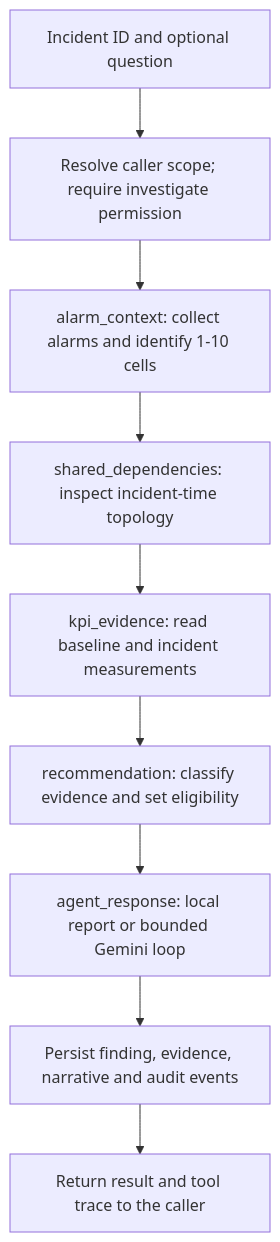
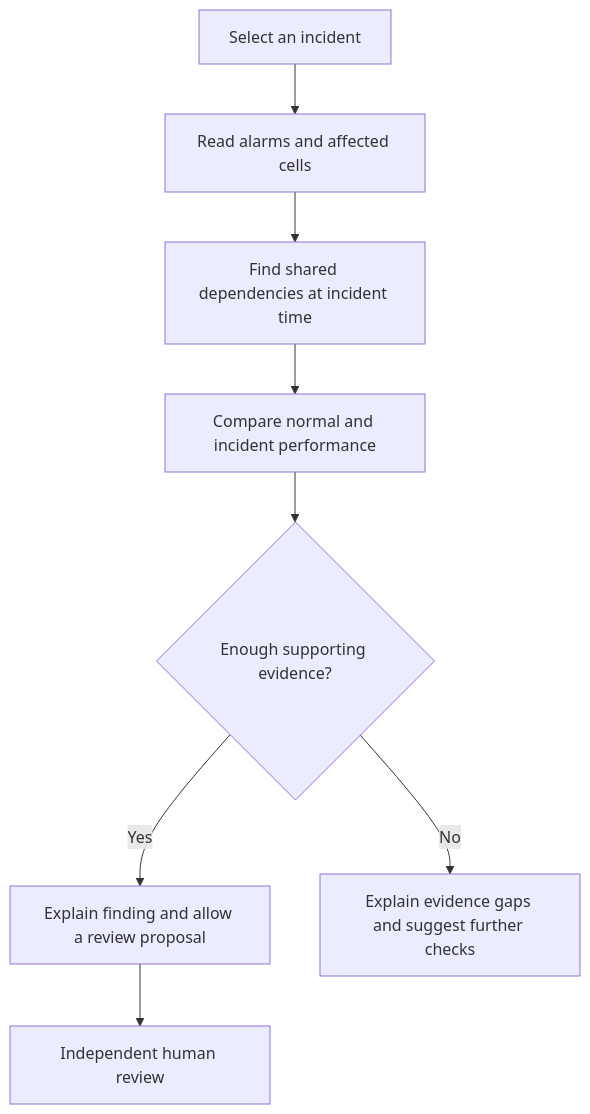
Before and after one commit to heisenlord/signal_networkintellegence: the second of 2 diagrams in README.md, drawn with Mermaid. The commit also changed other lines of this file, not shown here.

Commit message:
docs: simplify README and reduce diagrams

````diff
--- a/README.md
+++ b/README.md
@@ -211,11 +36,10 @@
 ```mermaid
 flowchart TD
-    Request["Incident ID and optional question"] --> Auth["Resolve caller scope; require investigate permission"]
-    Auth --> Alarm["alarm_context: collect alarms and identify 1-10 cells"]
-    Alarm --> Shared["shared_dependencies: inspect incident-time topology"]
-    Shared --> KPI["kpi_evidence: read baseline and incident measurements"]
-    KPI --> Rules["recommendation: classify evidence and set eligibility"]
-    Rules --> Agent["agent_response: local report or bounded Gemini loop"]
-    Agent --> Persist["Persist finding, evidence, narrative and audit events"]
-    Persist --> Display["Return result and tool trace to the caller"]
+    Incident["Select an incident"] --> Alarms["Read alarms and affected cells"]
+    Alarms --> Topology["Find shared dependencies at incident time"]
+    Topology --> KPIs["Compare normal and incident performance"]
+    KPIs --> Decision{"Enough supporting evidence?"}
+    Decision -->|Yes| Proposal["Explain finding and allow a review proposal"]
+    Decision -->|No| Gaps["Explain evidence gaps and suggest further checks"]
+    Proposal --> Human["Independent human review"]
 ```
````
